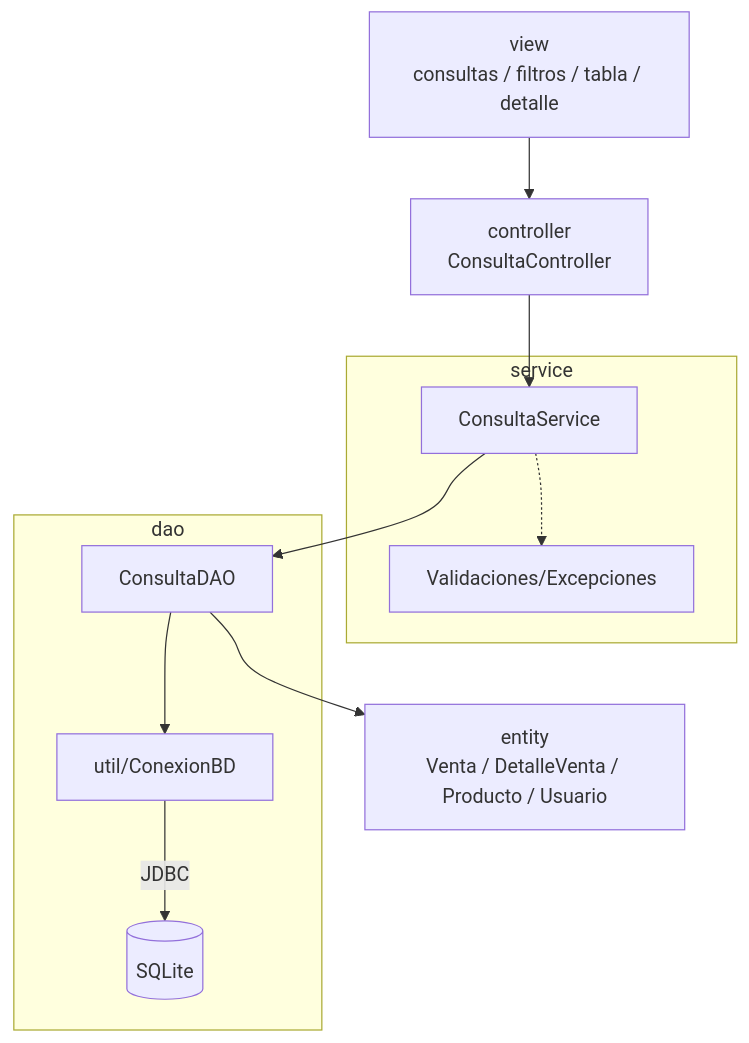
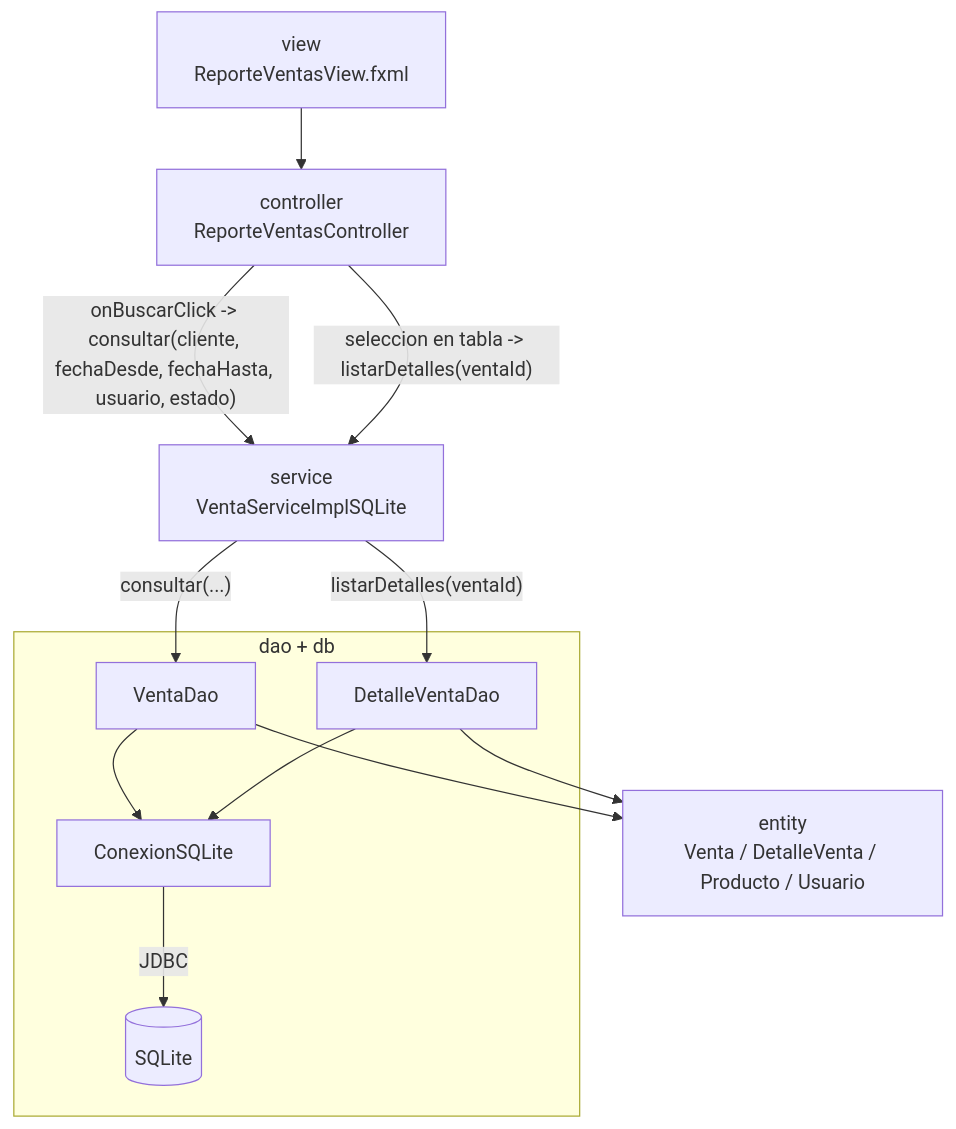
One commit to 262poo/comarket changed the diagram in docs/S11_Consultas_Integradas_Pruebas.md. Above: the diagram before and after it, drawn with Mermaid. The commit also changed other lines of this file and 13 other files, not shown here.

````diff
--- a/docs/S11_Consultas_Integradas_Pruebas.md
+++ b/docs/S11_Consultas_Integradas_Pruebas.md
@@ -62,26 +71,26 @@
 ```mermaid
 flowchart TB
-    Vista["view<br/>consultas / filtros / tabla / detalle"]
-    Controlador["controller<br/>ConsultaController"]
+  Vista["view<br/>ReporteVentasView.fxml"]
+  Controlador["controller<br/>ReporteVentasController"]
+    Servicio["service<br/>VentaServiceImplSQLite"]
 
-    subgraph Servicio["service"]
-        ConsultaService["ConsultaService"]
-        Validaciones["Validaciones/Excepciones"]
-    end
-
-    subgraph Persistencia["dao"]
-        ConsultaDAO["ConsultaDAO"]
-        ConexionBD["util/ConexionBD"]
+    subgraph Persistencia["dao + db"]
+        VentaDAO["VentaDao"]
+        DetalleDAO["DetalleVentaDao"]
+        Conexion["ConexionSQLite"]
         SQLite[("SQLite")]
     end
 
     Entidades["entity<br/>Venta / DetalleVenta / Producto / Usuario"]
 
     Vista --> Controlador
-    Controlador --> ConsultaService
-    ConsultaService -.-> Validaciones
-    ConsultaService --> ConsultaDAO
-    ConsultaDAO --> Entidades
-    ConsultaDAO --> ConexionBD
-    ConexionBD -->|"JDBC"| SQLite
+    Controlador -->|"onBuscarClick -> consultar(cliente, fechaDesde, fechaHasta, usuario, estado)"| Servicio
+    Controlador -->|"seleccion en tabla -> listarDetalles(ventaId)"| Servicio
+    Servicio -->|"consultar(...)"| VentaDAO
+    Servicio -->|"listarDetalles(ventaId)"| DetalleDAO
+    VentaDAO --> Entidades
+    DetalleDAO --> Entidades
+    VentaDAO --> Conexion
+    DetalleDAO --> Conexion
+    Conexion -->|"JDBC"| SQLite
 ```
````
